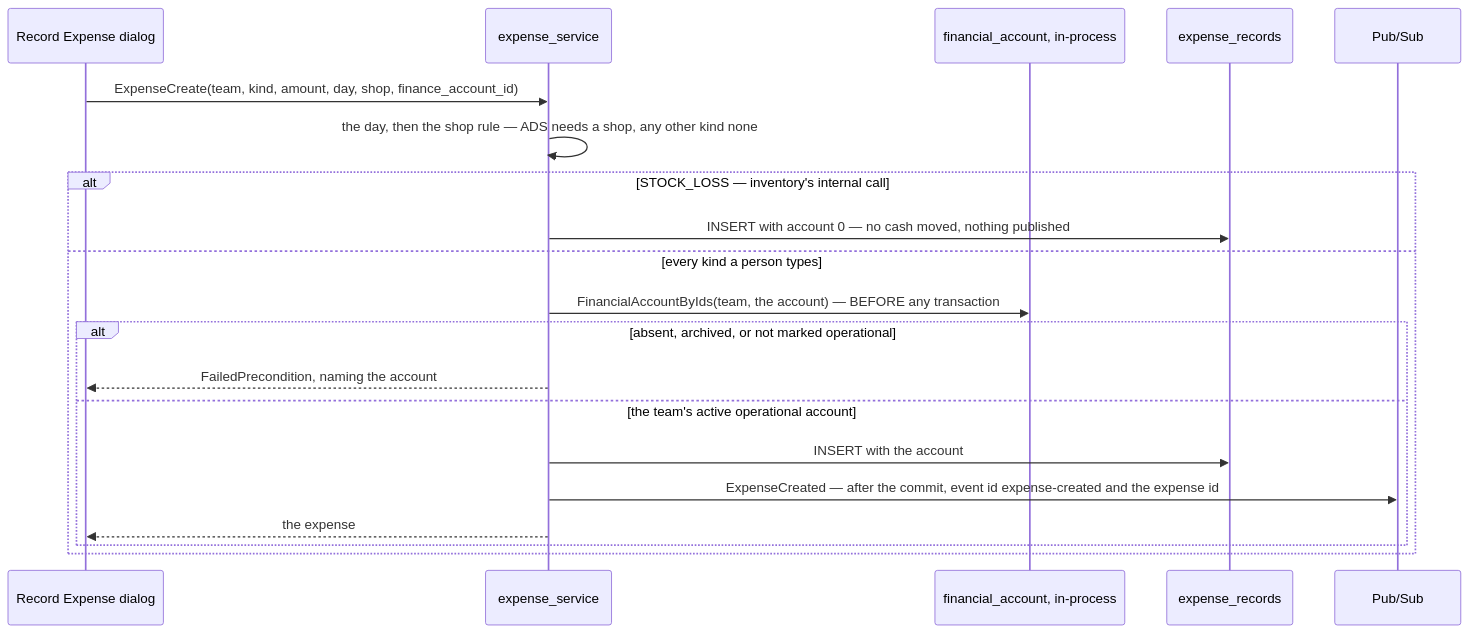
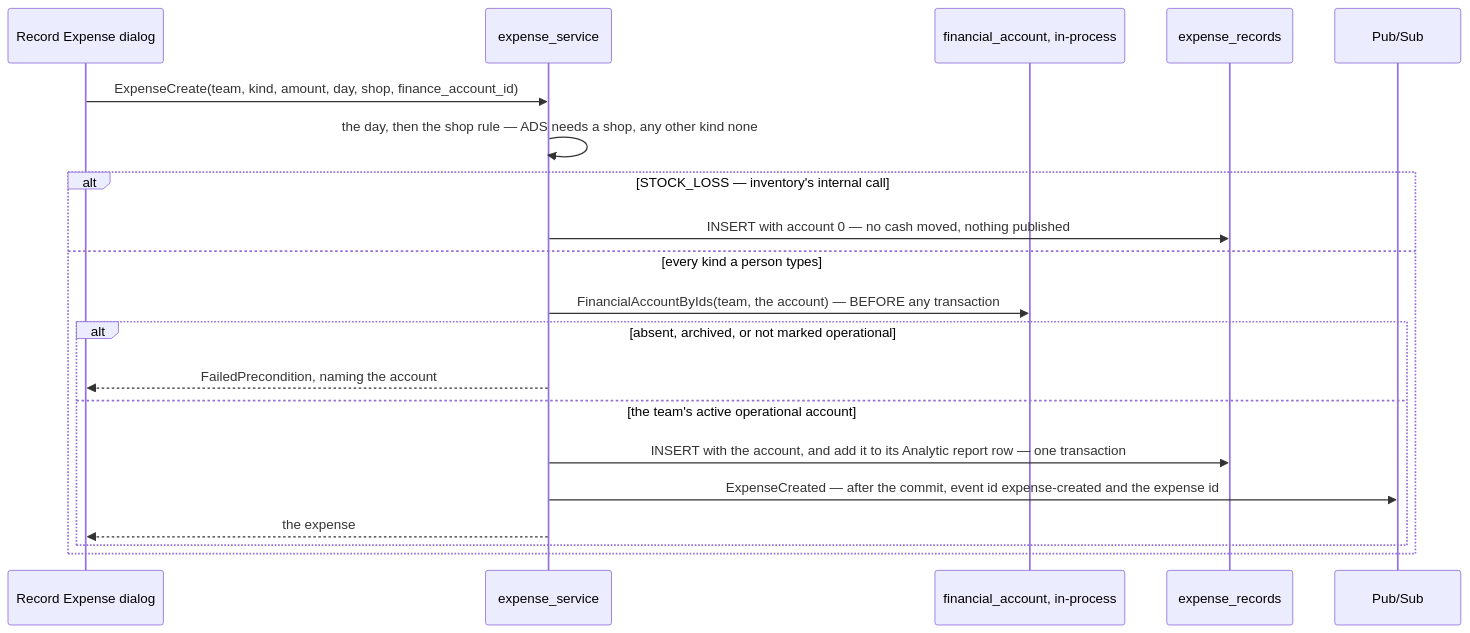
Before and after one commit to pdcgo/warehouse_revamp: the second of 4 diagrams in docs/services/expense_service/rpc.md, drawn with Mermaid. The commit also changed other lines of this file and 64 other files, not shown here.

````diff
--- a/docs/services/expense_service/rpc.md
+++ b/docs/services/expense_service/rpc.md
@@ -192,22 +197,22 @@
 ```mermaid
 sequenceDiagram
   participant UI as Record Expense dialog
   participant E as expense_service
   participant FA as financial_account, in-process
   participant DB as expense_records
   participant B as Pub/Sub
   UI->>E: ExpenseCreate(team, kind, amount, day, shop, finance_account_id)
   E->>E: the day, then the shop rule — ADS needs a shop, any other kind none
   alt STOCK_LOSS — inventory's internal call
     E->>DB: INSERT with account 0 — no cash moved, nothing published
   else every kind a person types
     E->>FA: FinancialAccountByIds(team, the account) — BEFORE any transaction
     alt absent, archived, or not marked operational
       E-->>UI: FailedPrecondition, naming the account
     else the team's active operational account
-      E->>DB: INSERT with the account
+      E->>DB: INSERT with the account, and add it to its Analytic report row — one transaction
       E->>B: ExpenseCreated — after the commit, event id expense-created and the expense id
       E-->>UI: the expense
     end
   end
 ```
````
